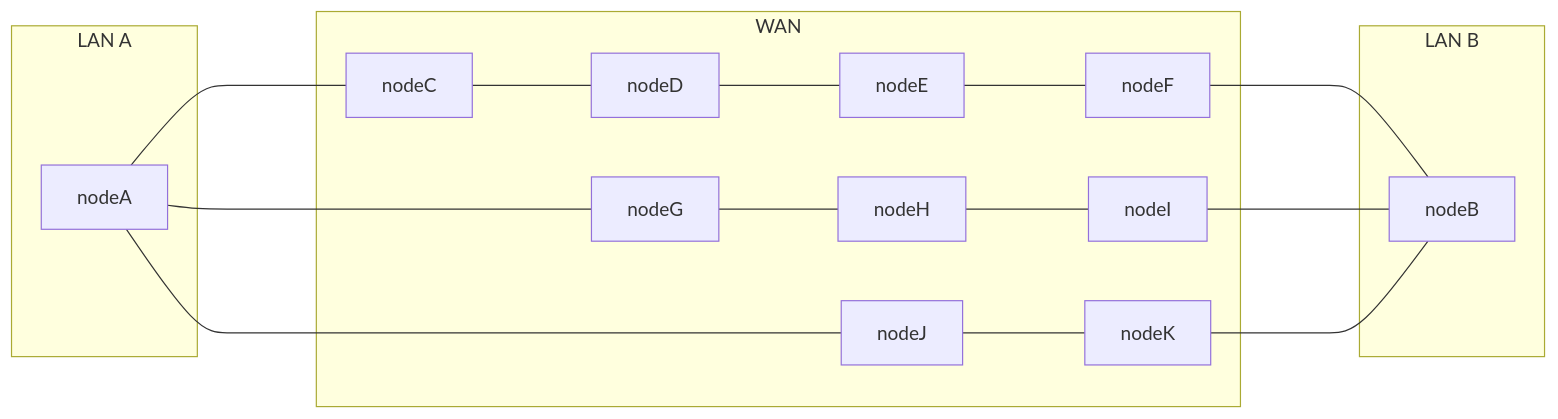
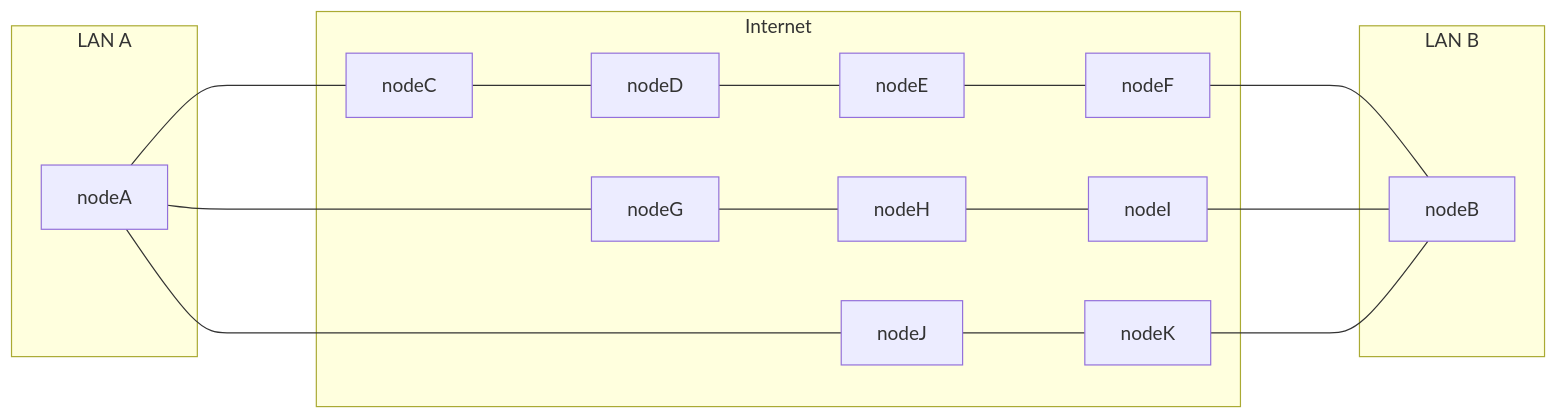
One commit to gnbdev/opengnb changed the third of 5 diagrams in README_CN.md. Above: the diagram before and after it, drawn with Mermaid. The commit also changed other lines of this file, not shown here.

````diff
--- a/README_CN.md
+++ b/README_CN.md
@@ -76,31 +76,31 @@
 ```mermaid
 flowchart LR
 
 subgraph LAN A
 nodeA[gnb nodeA]
 end
 
-subgraph WAN
+subgraph Internet
 
 nodeC[nodeC]
 nodeD[nodeD]
 nodeE[nodeE] 
 nodeF[nodeF]
 nodeJ[nodeJ]
 nodeK[nodeK]
 
 nodeG[nodeG]
 nodeH[nodeH]
 nodeI[nodeI]
 
 end
 
 subgraph LAN B
 nodeB[gnb nodeA]
 end
 
 nodeA[nodeA] ---- nodeC[nodeC] ---- nodeD[nodeD] ---- nodeE[nodeE] ---- nodeF[nodeF] ---- nodeB[nodeB]
 nodeA[nodeA] ---- nodeG[nodeG] ---- nodeH[nodeH] ---- nodeI[nodeI] ---- nodeB[nodeB]
 nodeA[nodeA] ---- nodeJ[nodeJ] ---- nodeK[nodeK] ---- nodeB[nodeB]
 
 ```
````
